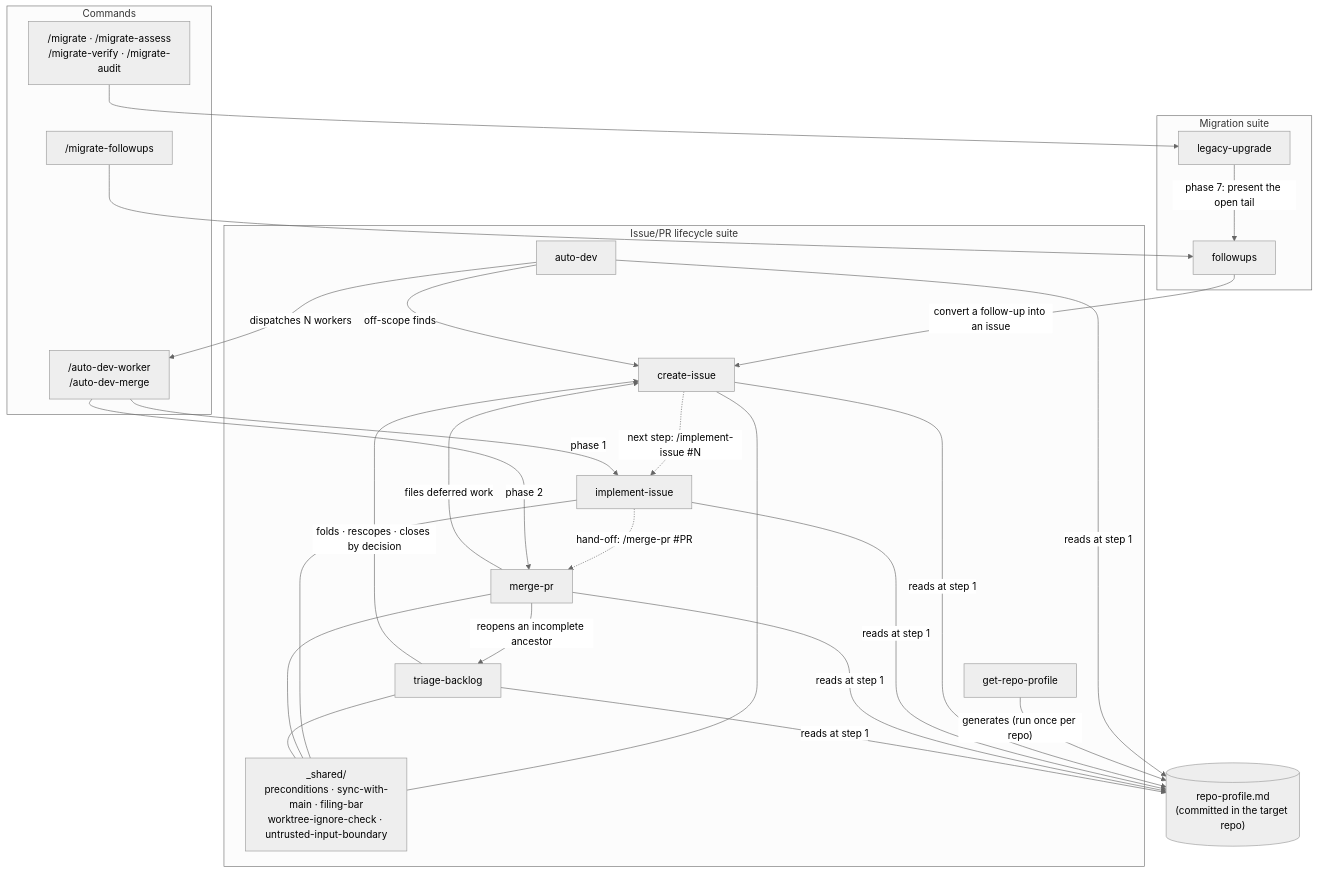
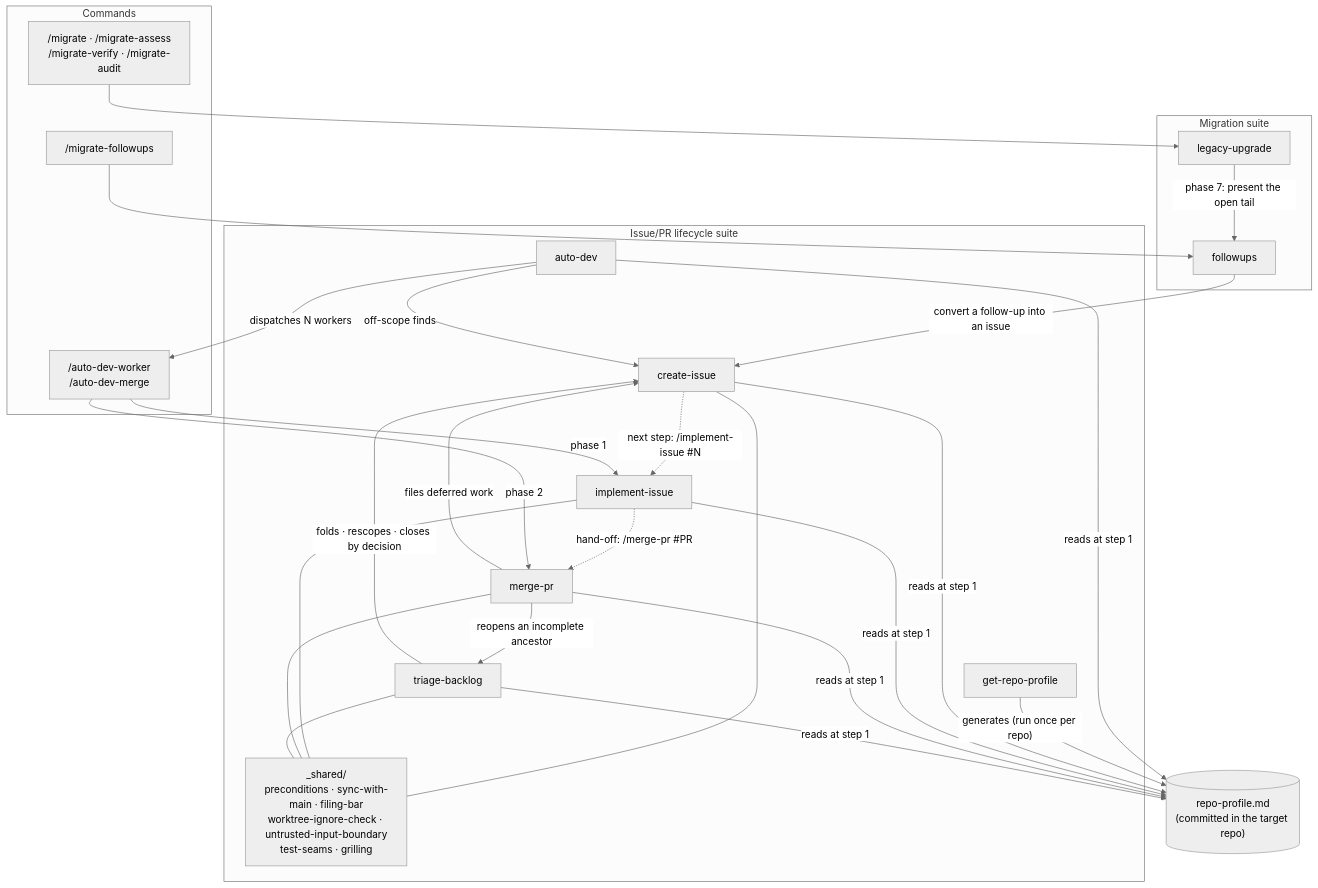
The first of 2 diagrams in ARCHITECTURE.md (phmatray/ai-migration-kit), drawn with Mermaid (neutral theme) before and after one commit. The commit also changed 10 other files, not shown here.

````diff
--- a/ARCHITECTURE.md
+++ b/ARCHITECTURE.md
@@ -15,49 +15,49 @@
 ```mermaid
 graph TD
     subgraph commands ["Commands"]
         M["/migrate · /migrate-assess<br>/migrate-verify · /migrate-audit"]
         MF["/migrate-followups"]
         AW["/auto-dev-worker<br>/auto-dev-merge"]
     end
 
     subgraph migration ["Migration suite"]
         LU[legacy-upgrade]
         FU[followups]
     end
 
     subgraph lifecycle ["Issue/PR lifecycle suite"]
         AD[auto-dev]
         CI[create-issue]
         II[implement-issue]
         MP[merge-pr]
         TB[triage-backlog]
         RP[get-repo-profile]
-        SH["_shared/<br>preconditions · sync-with-main · filing-bar<br>worktree-ignore-check · untrusted-input-boundary"]
+        SH["_shared/<br>preconditions · sync-with-main · filing-bar<br>worktree-ignore-check · untrusted-input-boundary<br>test-seams · grilling"]
     end
 
     PROF[("repo-profile.md<br>(committed in the target repo)")]
 
     M --> LU
     MF --> FU
     LU -- "phase 7: present the open tail" --> FU
     FU -- "convert a follow-up into an issue" --> CI
     CI -. "next step: /implement-issue #N" .-> II
     II -. "hand-off: /merge-pr #PR" .-> MP
     MP -- "files deferred work" --> CI
     AD -- "dispatches N workers" --> AW
     AW -- "phase 1" --> II
     AW -- "phase 2" --> MP
     AD -- "off-scope finds" --> CI
     AD -- "reads at step 1" --> PROF
     RP -- "generates (run once per repo)" --> PROF
     CI -- "reads at step 1" --> PROF
     II -- "reads at step 1" --> PROF
     MP -- "reads at step 1" --> PROF
     MP -- "reopens an incomplete ancestor" --> TB
     TB -- "folds · rescopes · closes by decision" --> CI
     TB -- "reads at step 1" --> PROF
     CI --- SH
     II --- SH
     MP --- SH
     TB --- SH
 ```
````
